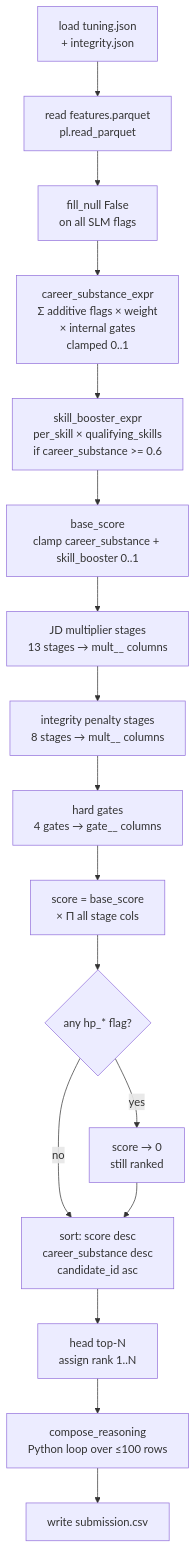
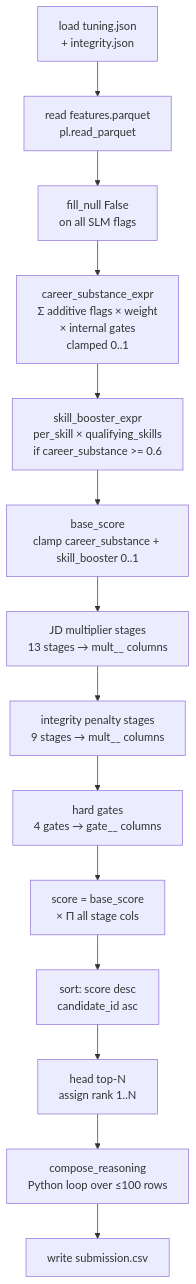
One commit to ankitkr-04/candidate-ranker-v2 changed the diagram in docs/ranker.md. Above: the diagram before and after it, drawn with Mermaid. The commit also changed other lines of this file and 6 other files, not shown here.

````diff
--- a/docs/ranker.md
+++ b/docs/ranker.md
@@ -47,19 +47,16 @@
 ```mermaid
 flowchart TD
     A[load tuning.json\n+ integrity.json] --> B[read features.parquet\npl.read_parquet]
     B --> C[fill_null False\non all SLM flags]
     C --> D[career_substance_expr\nΣ additive flags × weight\n× internal gates\nclamped 0..1]
     D --> E[skill_booster_expr\nper_skill × qualifying_skills\nif career_substance >= 0.6]
     E --> F[base_score\nclamp career_substance + skill_booster 0..1]
     F --> G[JD multiplier stages\n13 stages → mult__<id> columns]
-    G --> H[integrity penalty stages\n8 stages → mult__<id> columns]
+    G --> H[integrity penalty stages\n9 stages → mult__<id> columns]
     H --> I[hard gates\n4 gates → gate__<id> columns]
     I --> J[score = base_score\n× Π all stage cols]
-    J --> K{any hp_* flag?}
-    K -->|yes| L[score → 0\nstill ranked]
-    K -->|no| M[sort: score desc\ncareer_substance desc\ncandidate_id asc]
-    L --> M
+    J --> M[sort: score desc\ncandidate_id asc]
     M --> N[head top-N\nassign rank 1..N]
     N --> O[compose_reasoning\nPython loop over ≤100 rows]
     O --> P[write submission.csv]
 ```
````
